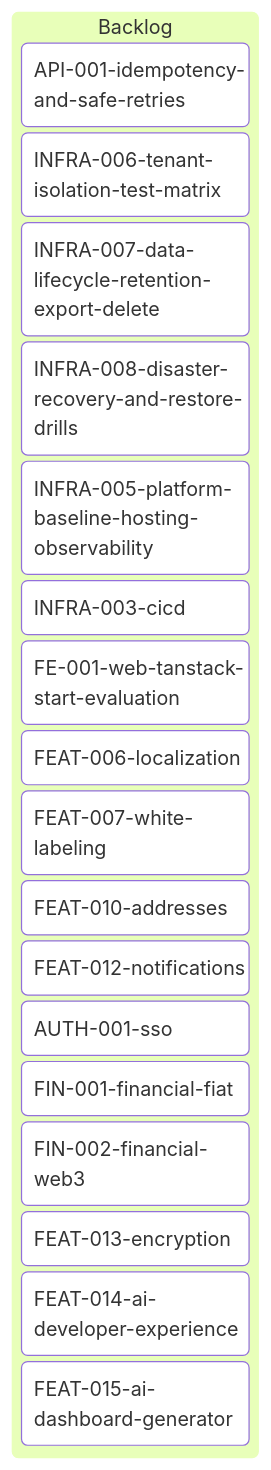
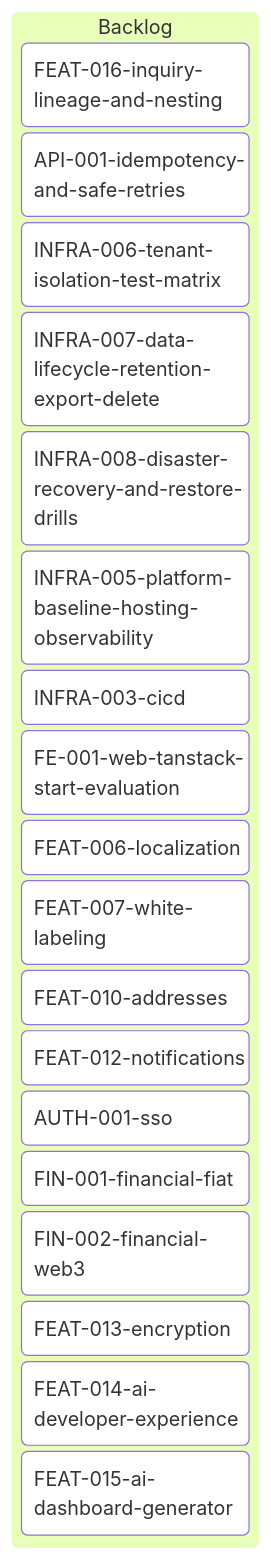
Before and after one commit to inixiative/template: the diagram in tickets/kanban-backlog.md, drawn with Mermaid. The commit also changed other lines of this file and 1 other file, not shown here.

````diff
--- a/tickets/kanban-backlog.md
+++ b/tickets/kanban-backlog.md
@@ -3,26 +3,27 @@
 ```mermaid
 ---
 config:
   kanban:
     ticketBaseUrl: 'https://github.com/yourorg/template/blob/main/tickets/#TICKET#'
 ---
 kanban
   Backlog
+    FEAT-016-inquiry-lineage-and-nesting
     API-001-idempotency-and-safe-retries
     INFRA-006-tenant-isolation-test-matrix
     INFRA-007-data-lifecycle-retention-export-delete
     INFRA-008-disaster-recovery-and-restore-drills
     INFRA-005-platform-baseline-hosting-observability
     INFRA-003-cicd
     FE-001-web-tanstack-start-evaluation
     FEAT-006-localization
     FEAT-007-white-labeling
     FEAT-010-addresses
     FEAT-012-notifications
     AUTH-001-sso
     FIN-001-financial-fiat
     FIN-002-financial-web3
     FEAT-013-encryption
     FEAT-014-ai-developer-experience
     FEAT-015-ai-dashboard-generator
 ```
````
